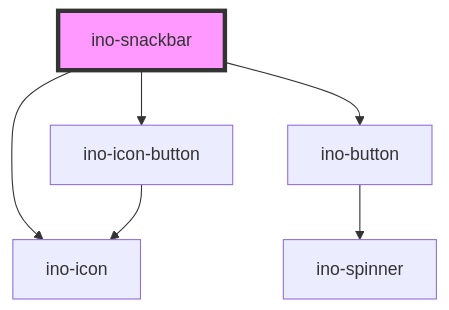
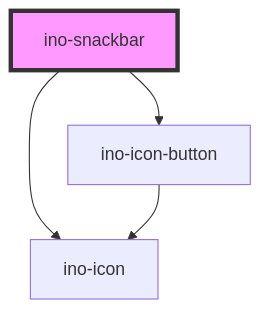
One commit to inovex/elements changed the diagram in packages/elements/src/components/ino-snackbar/readme.md. Above: the diagram before and after it, drawn with Mermaid. The commit also changed other lines of this file and 5 other files, not shown here.

````diff
--- a/packages/elements/src/components/ino-snackbar/readme.md
+++ b/packages/elements/src/components/ino-snackbar/readme.md
@@ -58,9 +57,7 @@
 ```mermaid
 graph TD;
   ino-snackbar --> ino-icon
-  ino-snackbar --> ino-button
   ino-snackbar --> ino-icon-button
-  ino-button --> ino-spinner
   ino-icon-button --> ino-icon
   style ino-snackbar fill:#f9f,stroke:#333,stroke-width:4px
 ```
````
